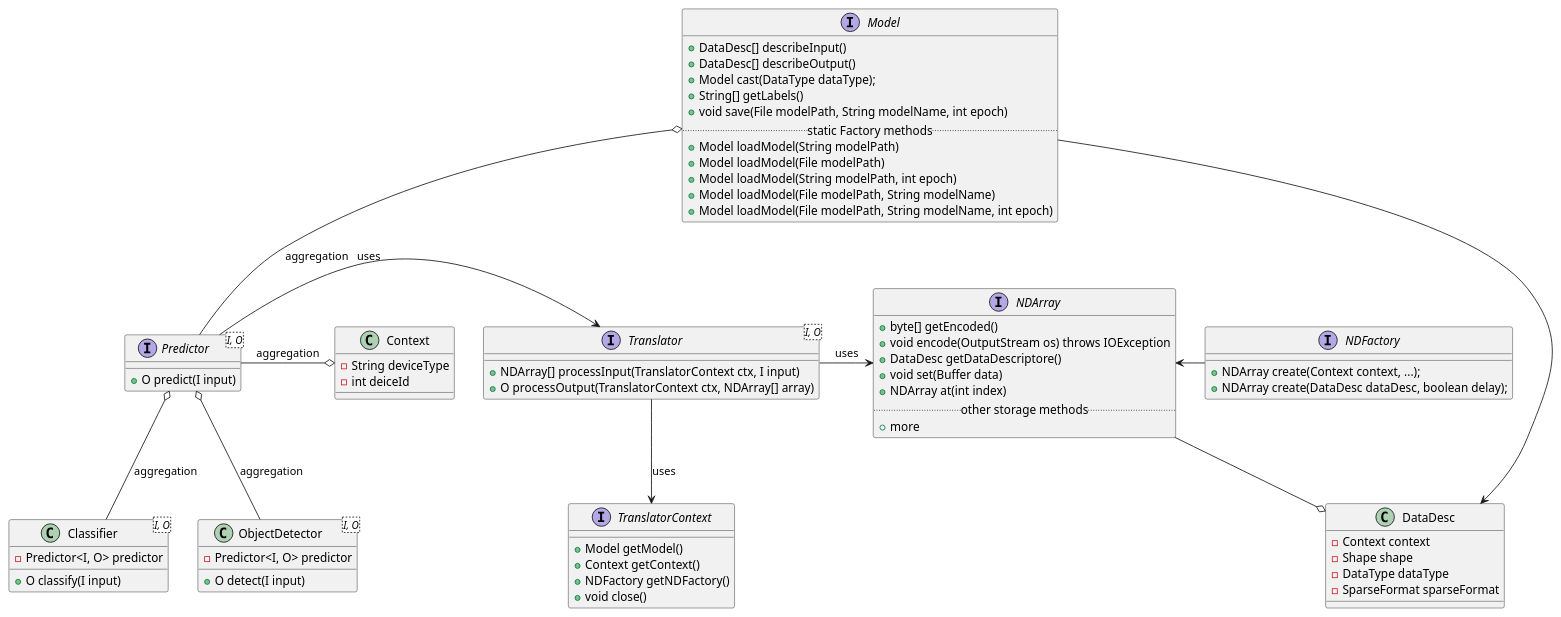
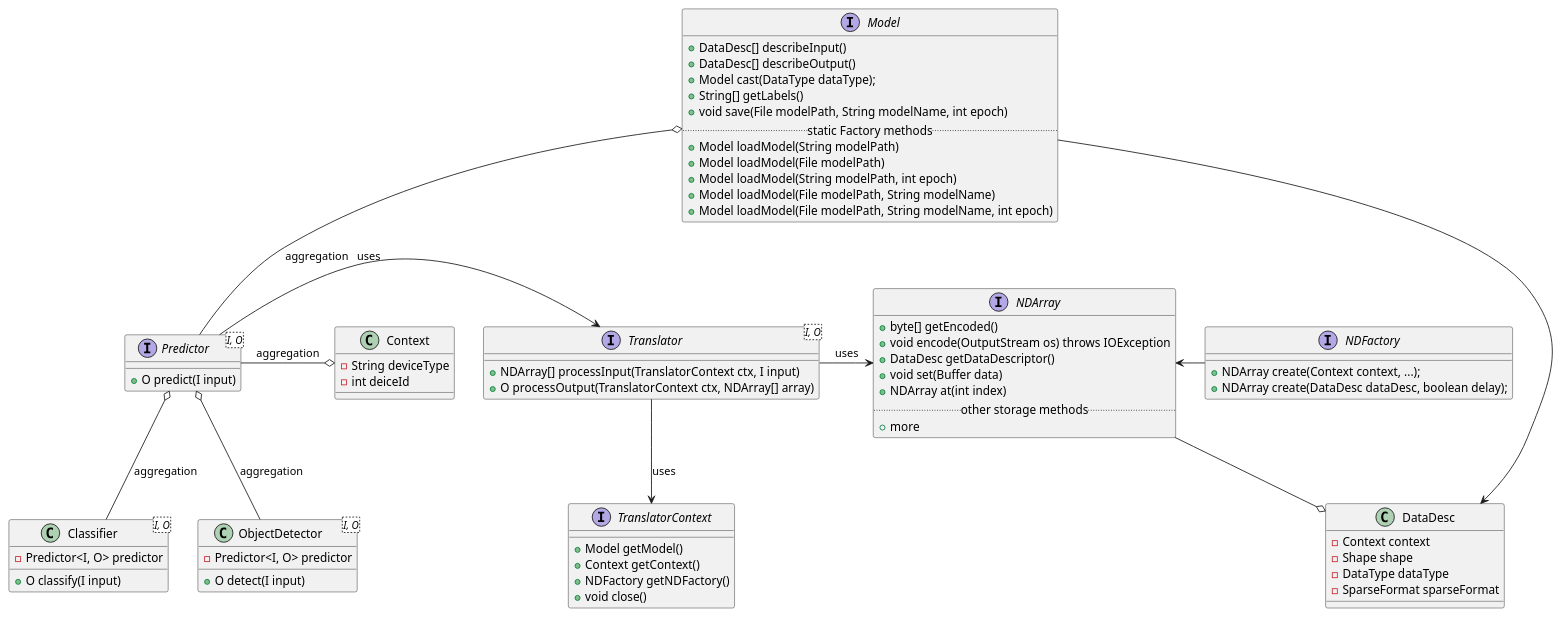
One commit to deepjavalibrary/djl changed the diagram in api/src/main/uml/Inference.puml. Above: the diagram before and after it, drawn with PlantUML. The commit also changed 4 other files, not shown here.

```diff
--- a/api/src/main/uml/Inference.puml
+++ b/api/src/main/uml/Inference.puml
@@ -1,80 +1,80 @@
 @startuml
 class Context {
 	-String deviceType
 	-int deiceId
 }
 
 class DataDesc {
 	-Context context
 	-Shape shape
 	-DataType dataType
 	-SparseFormat sparseFormat
 }
 
 interface Model {
     +DataDesc[] describeInput()
     +DataDesc[] describeOutput()
     +Model cast(DataType dataType);
     +String[] getLabels()
     +void save(File modelPath, String modelName, int epoch)
 	.. static Factory methods ..
     +Model loadModel(String modelPath)
     +Model loadModel(File modelPath)
     +Model loadModel(String modelPath, int epoch)
     +Model loadModel(File modelPath, String modelName)
     +Model loadModel(File modelPath, String modelName, int epoch)
 }
 
 interface Translator<I, O> {
     +NDArray[] processInput(TranslatorContext ctx, I input)
     +O processOutput(TranslatorContext ctx, NDArray[] array)
 }
 
 interface Predictor<I, O> {
     +O predict(I input)
 }
 
 interface TranslatorContext {
     +Model getModel()
     +Context getContext()
     +NDFactory getNDFactory()
     +void close()
 }
 
 class Classifier<I, O> {
     -Predictor<I, O> predictor
     +O classify(I input)
 }
 
 class ObjectDetector<I, O> {
     -Predictor<I, O> predictor
     +O detect(I input)
 }
 
 interface NDFactory {
     +NDArray create(Context context, ...);
     +NDArray create(DataDesc dataDesc, boolean delay);
 }
 
 interface NDArray {
     +byte[] getEncoded()
     +void encode(OutputStream os) throws IOException
-    +DataDesc getDataDescriptore()
+    +DataDesc getDataDescriptor()
     +void set(Buffer data)
     +NDArray at(int index)
 	.. other storage methods ..
     +more
 }
 
 Model -right-> DataDesc
 Model o-down- Predictor : aggregation
 Predictor -right-o Context : aggregation
 Predictor -right-> Translator : uses
 Translator -right-> NDArray : uses
 Translator --> TranslatorContext : uses
 Predictor o-down- Classifier : aggregation
 Predictor o-down- ObjectDetector : aggregation
 NDFactory -left-> NDArray
 NDArray -down-o DataDesc
 
 @enduml
```
